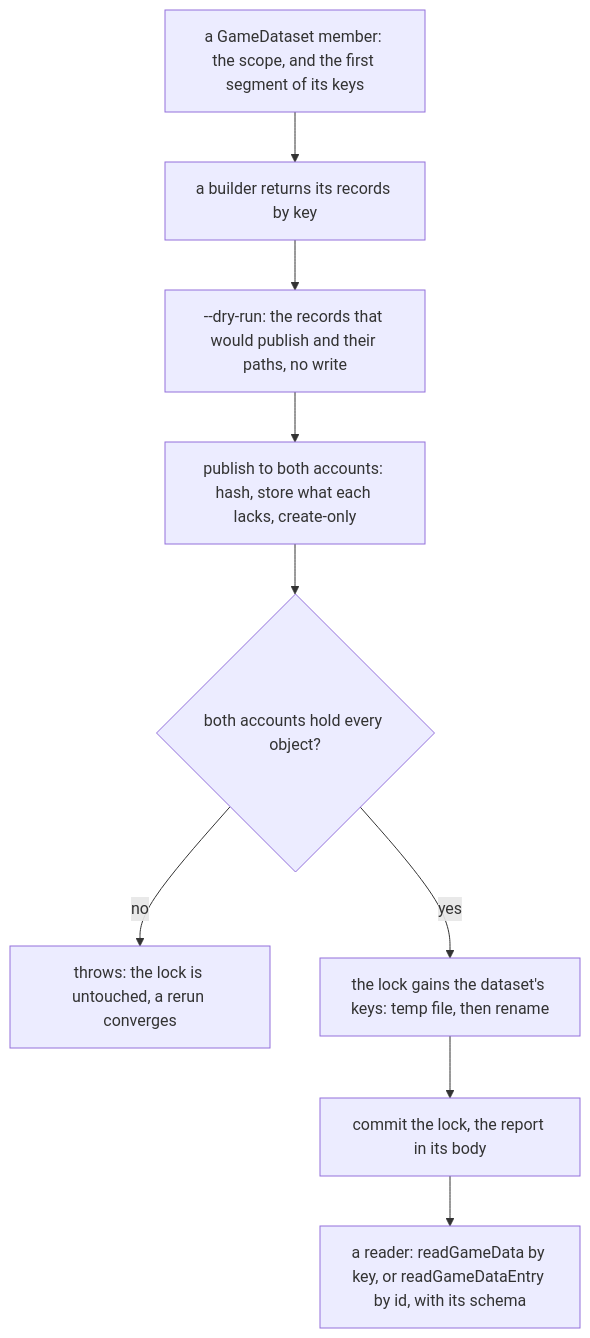
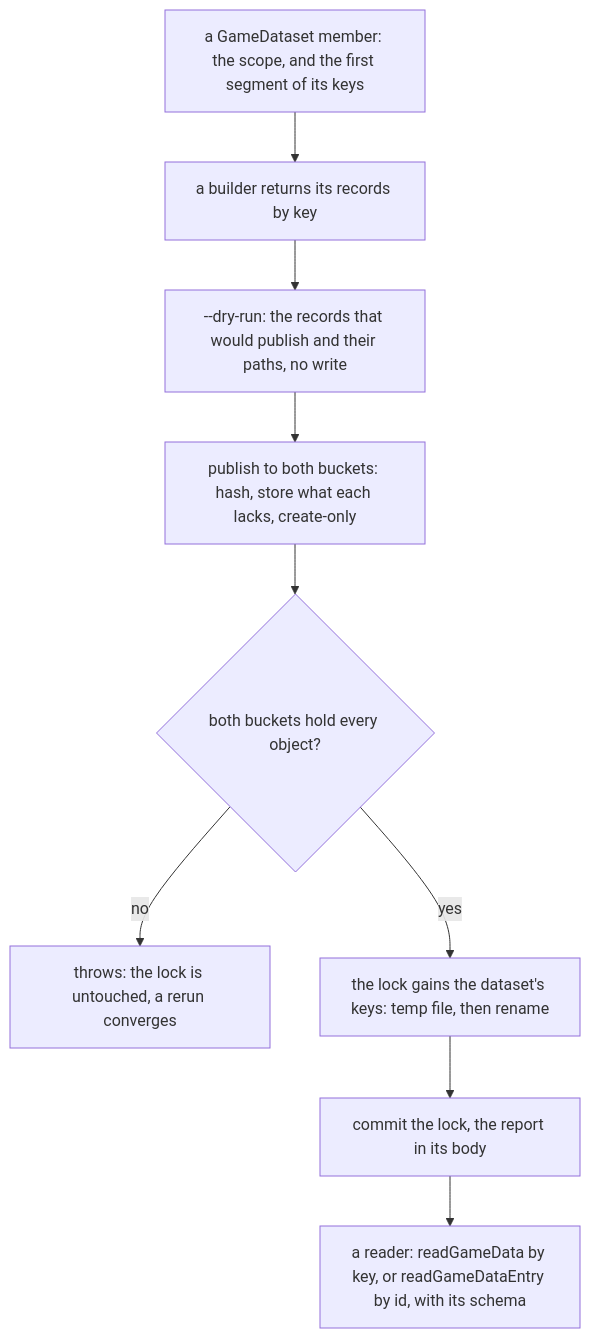
The first of 5 diagrams in openspec/specs/genshin/hosted-game-data/design.md (Esposter/Esposter), drawn with Mermaid before and after one commit. The commit also changed other lines of this file and 1 other file, not shown here.

Commit message:
docs(openspec): the hosted game data and the save data name R2 buckets, objects and conditional puts

````diff
--- a/openspec/specs/genshin/hosted-game-data/design.md
+++ b/openspec/specs/genshin/hosted-game-data/design.md
@@ -97,11 +97,11 @@
 ```mermaid
 flowchart TD
   Member["a GameDataset member: the scope, and the first segment of its keys"] --> Builder["a builder returns its records by key"]
   Builder --> Dry["--dry-run: the records that would publish and their paths, no write"]
-  Dry --> Publish["publish to both accounts: hash, store what each lacks, create-only"]
-  Publish --> Held{"both accounts hold every object?"}
+  Dry --> Publish["publish to both buckets: hash, store what each lacks, create-only"]
+  Publish --> Held{"both buckets hold every object?"}
   Held -->|no| Abort["throws: the lock is untouched, a rerun converges"]
   Held -->|yes| Lock["the lock gains the dataset's keys: temp file, then rename"]
   Lock --> Commit["commit the lock, the report in its body"]
   Commit --> Reader["a reader: readGameData by key, or readGameDataEntry by id, with its schema"]
 ```
````
